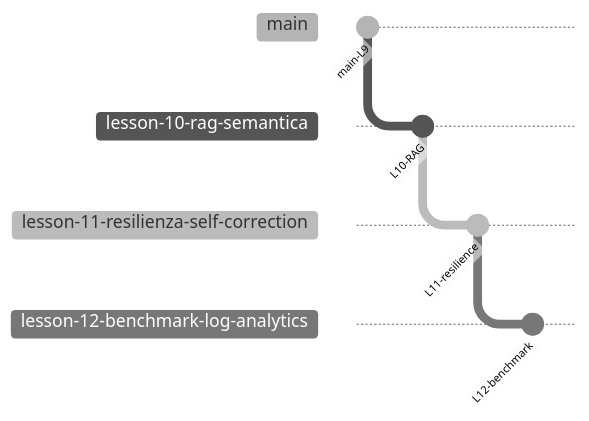
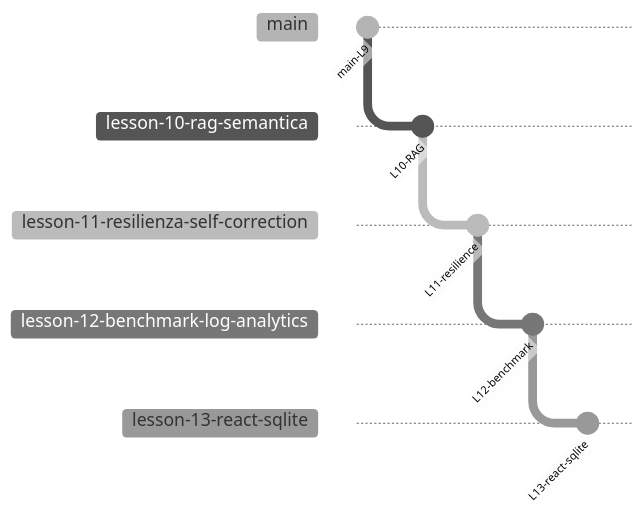
One commit to Impesud/agentic-triage-system changed the diagram in docs/CORSO_LEZIONI.md. Above: the diagram before and after it, drawn with Mermaid (neutral theme). The commit also changed other lines of this file and 13 other files, not shown here.

First line of the commit message:
feat(lesson-13): SQLite LTM indicizzata e loop ReAct base

````diff
--- a/docs/CORSO_LEZIONI.md
+++ b/docs/CORSO_LEZIONI.md
@@ -15,13 +16,16 @@
 ```mermaid
 gitGraph
   commit id: "main-L9"
   branch lesson-10-rag-semantica
   checkout lesson-10-rag-semantica
   commit id: "L10-RAG"
   branch lesson-11-resilienza-self-correction
   checkout lesson-11-resilienza-self-correction
   commit id: "L11-resilience"
   branch lesson-12-benchmark-log-analytics
   checkout lesson-12-benchmark-log-analytics
   commit id: "L12-benchmark"
+  branch lesson-13-react-sqlite
+  checkout lesson-13-react-sqlite
+  commit id: "L13-react-sqlite"
 ```
````
